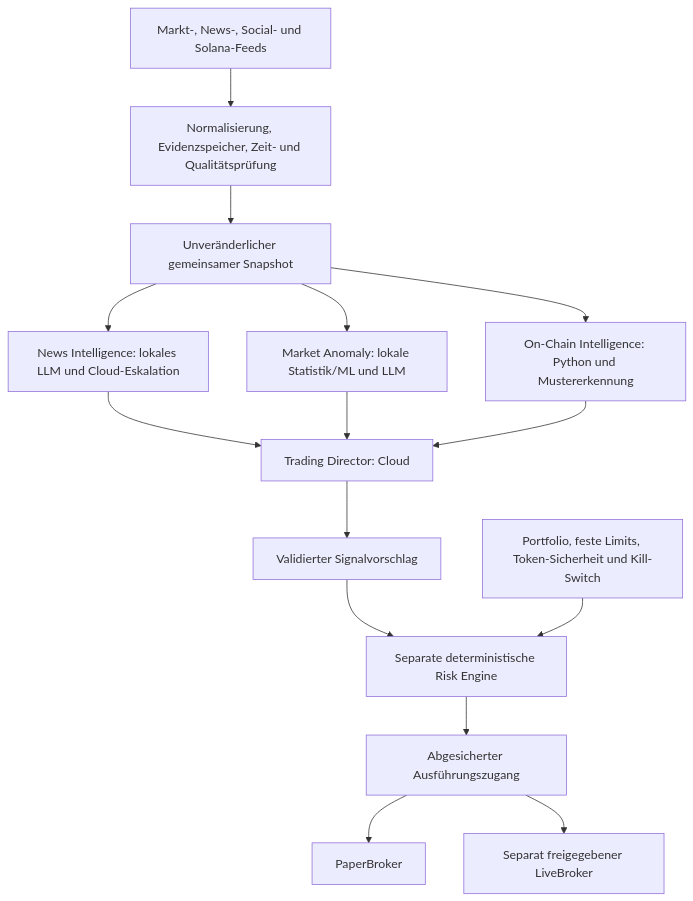
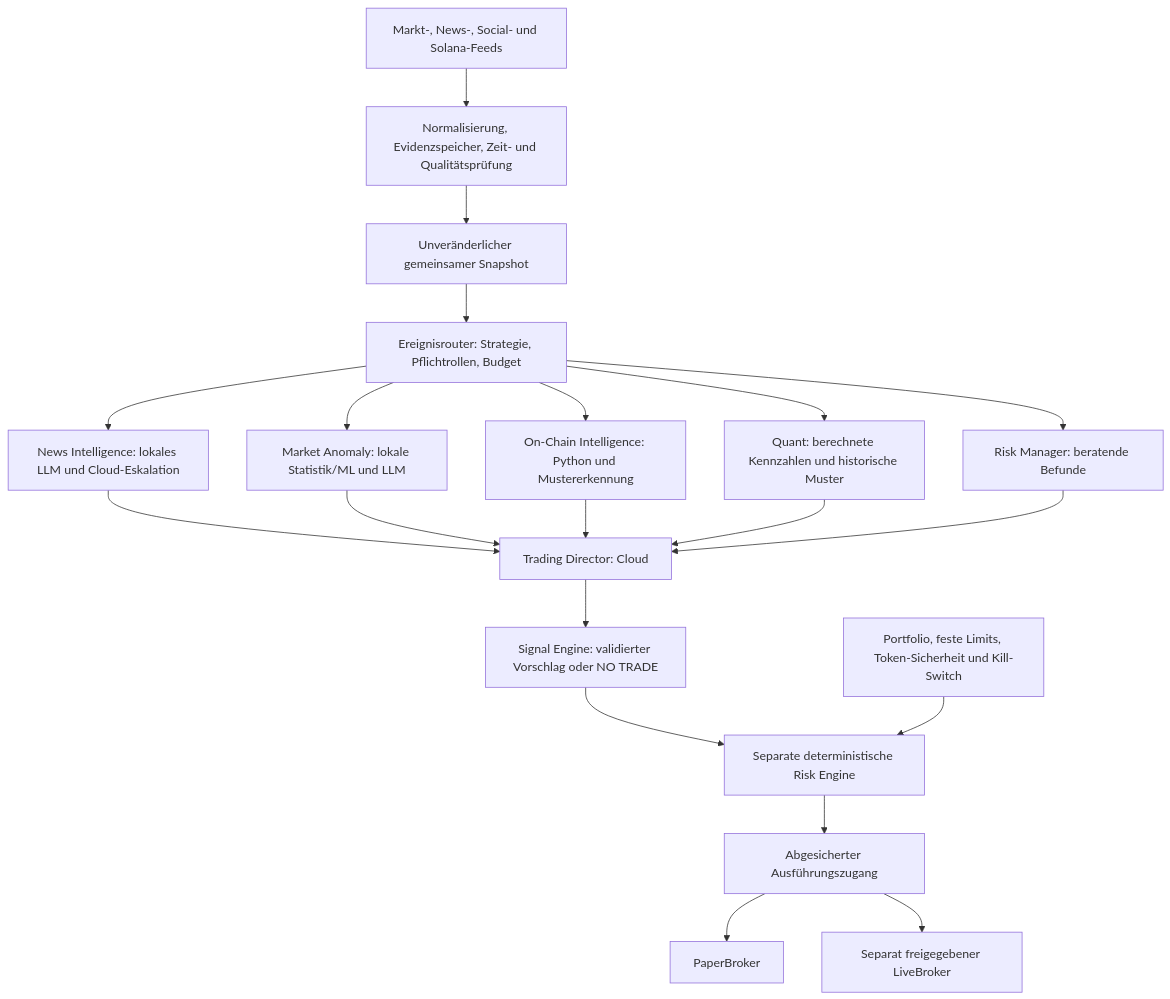
Before and after one commit to grujoc19/AutoHedge: the diagram in docs/ENGINE_ARCHITECTURE.md, drawn with Mermaid. The commit also changed other lines of this file and 5 other files, not shown here.

Commit message:
Document target alignment and revised seven-phase roadmap

````diff
--- a/docs/ENGINE_ARCHITECTURE.md
+++ b/docs/ENGINE_ARCHITECTURE.md
@@ -32,17 +45,22 @@
 ```mermaid
 flowchart TD
     F[Markt-, News-, Social- und Solana-Feeds] --> D[Normalisierung, Evidenzspeicher, Zeit- und Qualitätsprüfung]
     D --> S[Unveränderlicher gemeinsamer Snapshot]
-    S --> N[News Intelligence: lokales LLM und Cloud-Eskalation]
-    S --> M[Market Anomaly: lokale Statistik/ML und LLM]
-    S --> O[On-Chain Intelligence: Python und Mustererkennung]
+    S --> J[Ereignisrouter: Strategie, Pflichtrollen, Budget]
+    J --> N[News Intelligence: lokales LLM und Cloud-Eskalation]
+    J --> M[Market Anomaly: lokale Statistik/ML und LLM]
+    J --> O[On-Chain Intelligence: Python und Mustererkennung]
+    J --> Q[Quant: berechnete Kennzahlen und historische Muster]
+    J --> A[Risk Manager: beratende Befunde]
     N --> T[Trading Director: Cloud]
     M --> T
     O --> T
-    T --> P[Validierter Signalvorschlag]
+    Q --> T
+    A --> T
+    T --> P[Signal Engine: validierter Vorschlag oder NO TRADE]
     P --> R[Separate deterministische Risk Engine]
     B[Portfolio, feste Limits, Token-Sicherheit und Kill-Switch] --> R
     R --> E[Abgesicherter Ausführungszugang]
     E --> PB[PaperBroker]
     E --> LB[Separat freigegebener LiveBroker]
 ```
````
